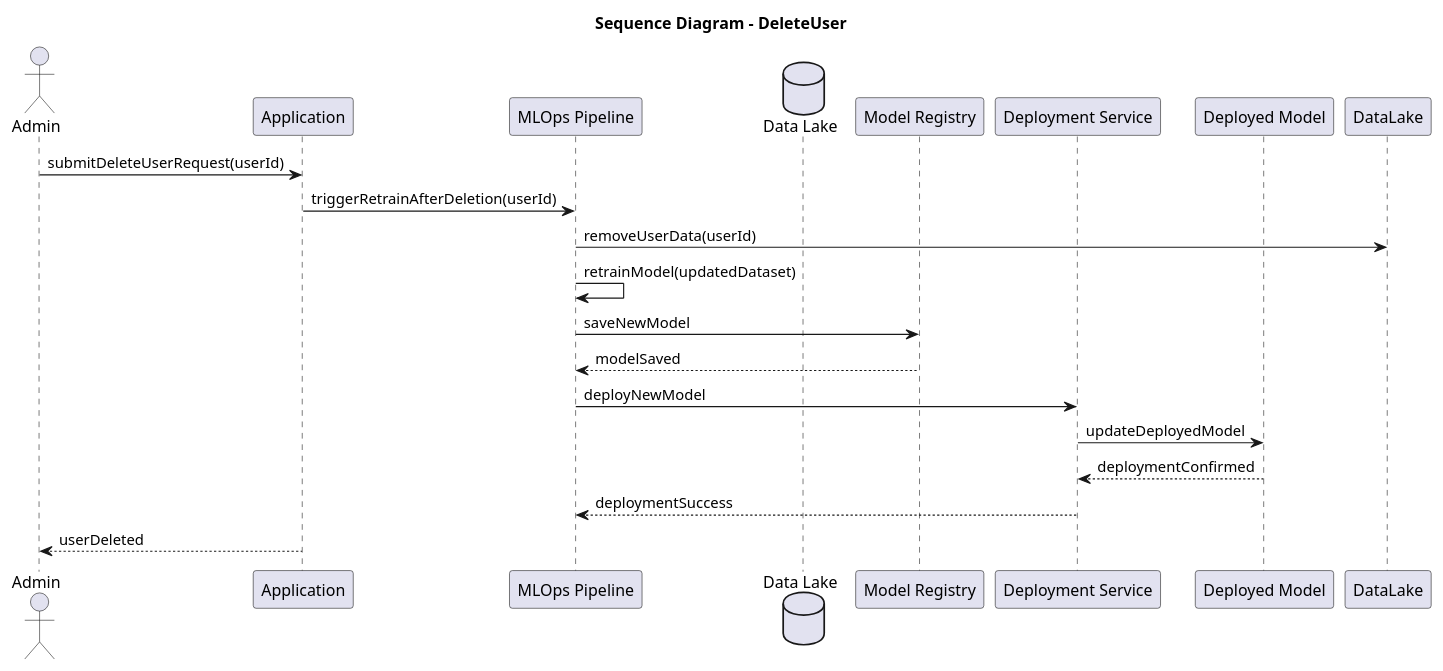
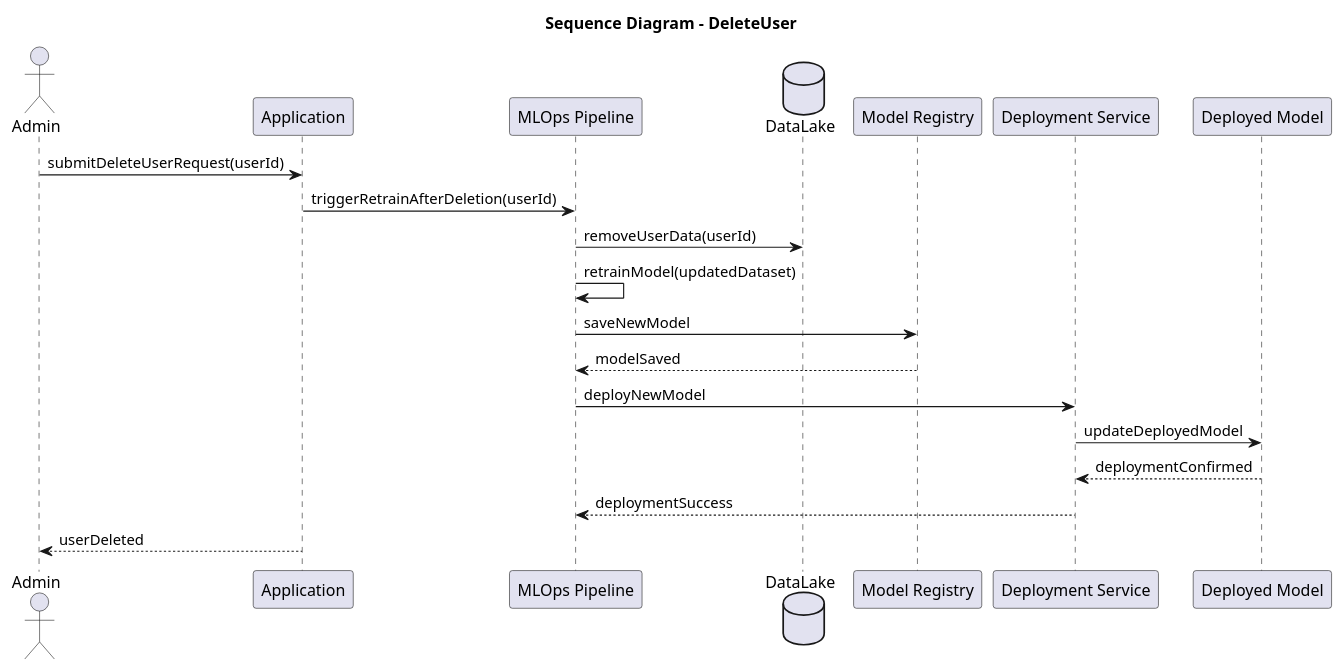
Before and after one commit to ODAncona/MachLeData_Project: the diagram in project_mgmt/diagrams/delete_user.md, drawn with PlantUML. The commit also changed 1 other file, not shown here.

Commit message:
dataLake glitch fixed

```diff
--- a/project_mgmt/diagrams/delete_user.md
+++ b/project_mgmt/diagrams/delete_user.md
@@ -1,23 +1,23 @@
 @startuml
 title Sequence Diagram - DeleteUser
 
 actor Admin
 participant Application
 participant "MLOps Pipeline" as MLOpsPipeline
-database "Data Lake"
+database "DataLake"
 participant "Model Registry" as ModelRegistry
 participant "Deployment Service" as DeploymentService
 participant "Deployed Model" as Model
 
 Admin -> Application: submitDeleteUserRequest(userId)
 Application -> MLOpsPipeline: triggerRetrainAfterDeletion(userId)
 MLOpsPipeline -> DataLake: removeUserData(userId)
 MLOpsPipeline -> MLOpsPipeline: retrainModel(updatedDataset)
 MLOpsPipeline -> ModelRegistry: saveNewModel
 ModelRegistry --> MLOpsPipeline: modelSaved
 MLOpsPipeline -> DeploymentService: deployNewModel
 DeploymentService -> Model: updateDeployedModel
 Model --> DeploymentService: deploymentConfirmed
 DeploymentService --> MLOpsPipeline: deploymentSuccess
 Application --> Admin: userDeleted
 @enduml
```
